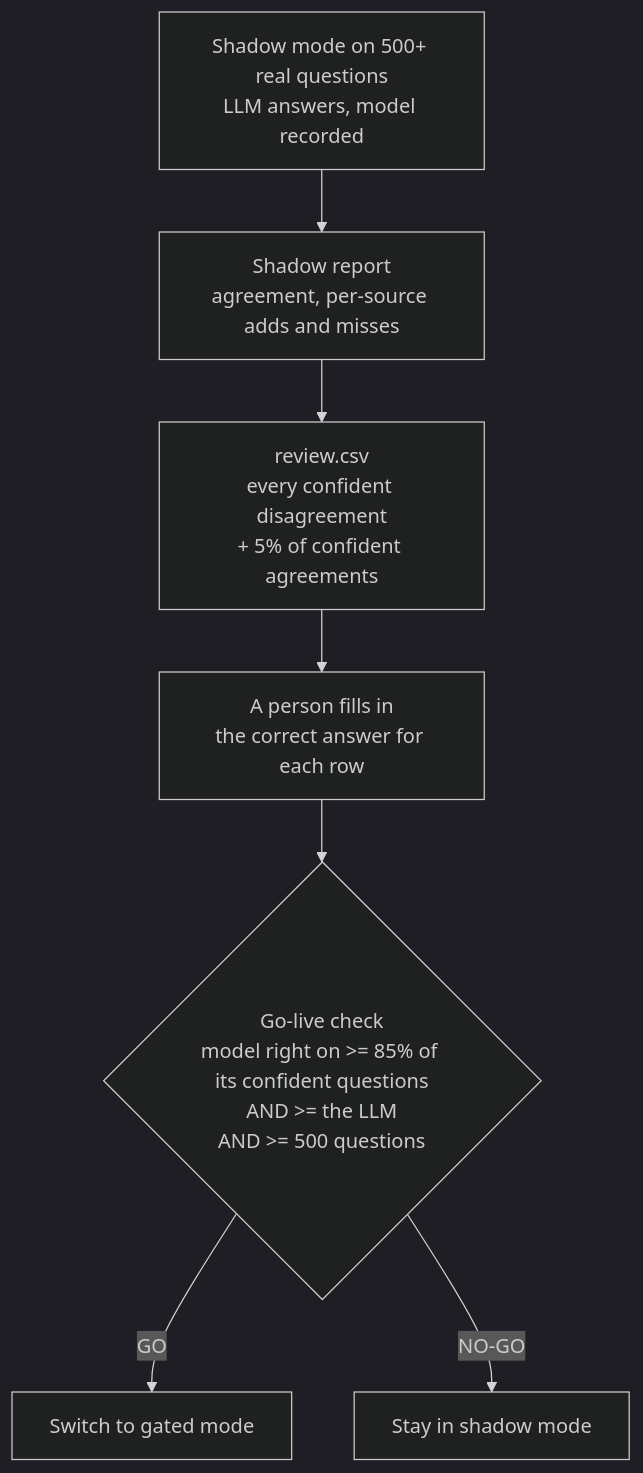
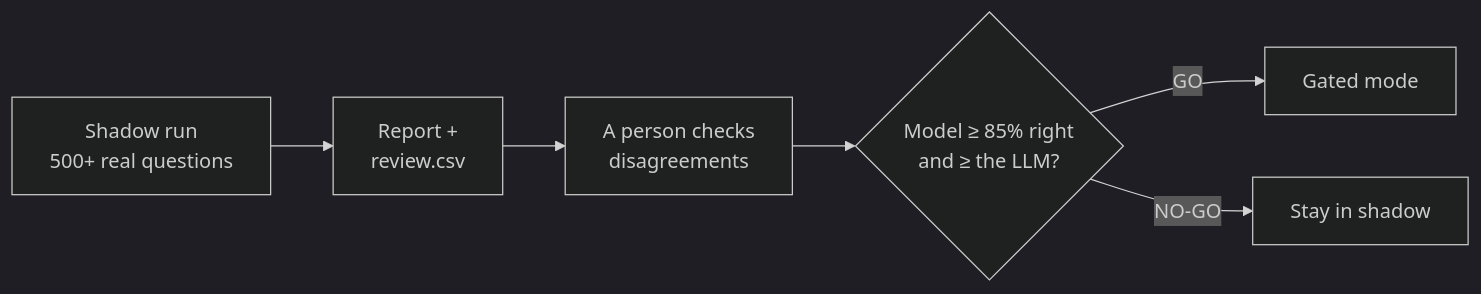
The sixth of 7 diagrams in README.md (saramamatha19/AetherionPrism), drawn with Mermaid (dark theme) before and after one commit. The commit also changed other lines of this file and 1 other file, not shown here.

````diff
--- a/README.md
+++ b/README.md
@@ -520,9 +221,6 @@
 ```mermaid
-flowchart TD
-    A["Shadow mode on 500+ real questions<br/>LLM answers, model recorded"] --> B["Shadow report<br/>agreement, per-source adds and misses"]
-    B --> C["review.csv<br/>every confident disagreement<br/>+ 5% of confident agreements"]
-    C --> D["A person fills in<br/>the correct answer for each row"]
-    D --> E{"Go-live check<br/>model right on >= 85% of its confident questions<br/>AND >= the LLM<br/>AND >= 500 questions"}
-    E -- GO --> F["Switch to gated mode"]
-    E -- NO-GO --> G["Stay in shadow mode"]
+flowchart LR
+    A["Shadow run<br/>500+ real questions"] --> B["Report +<br/>review.csv"] --> C["A person checks<br/>disagreements"] --> D{"Model ≥ 85% right<br/>and ≥ the LLM?"}
+    D -- GO --> E["Gated mode"]
+    D -- NO-GO --> F["Stay in shadow"]
 ```
````
